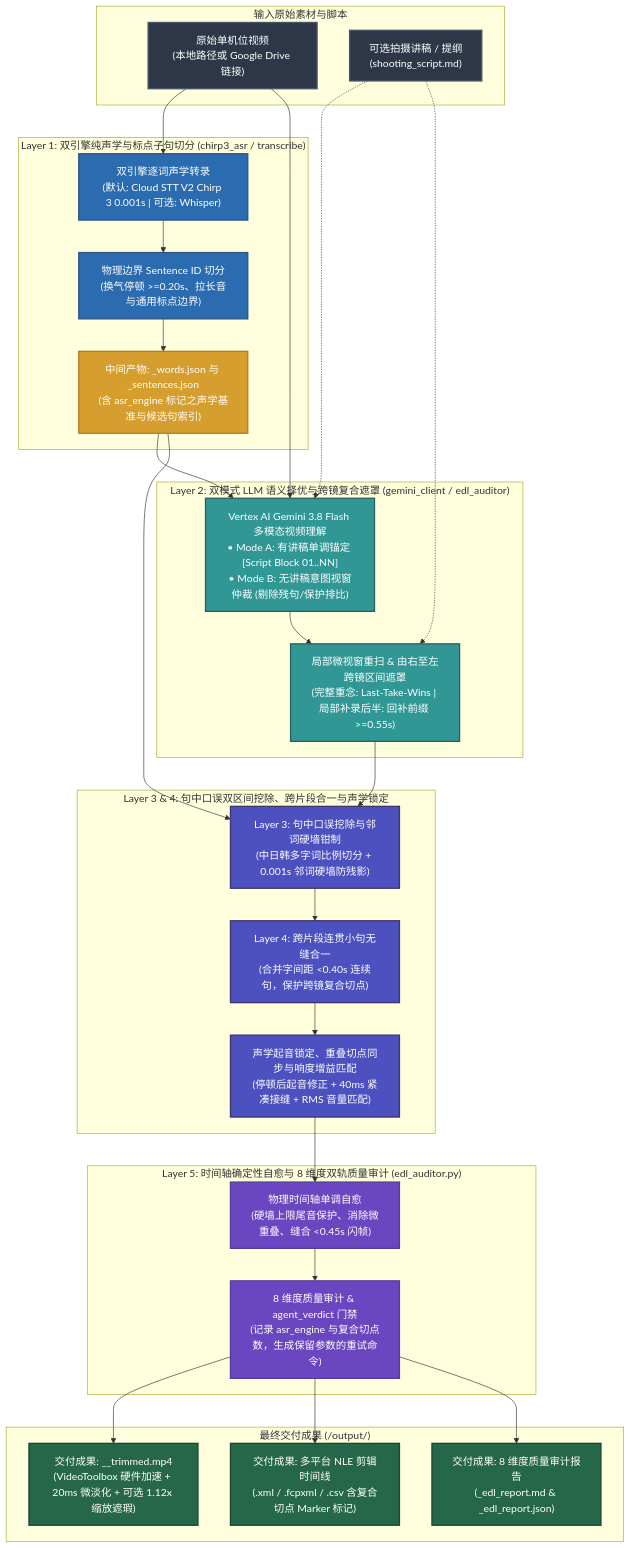
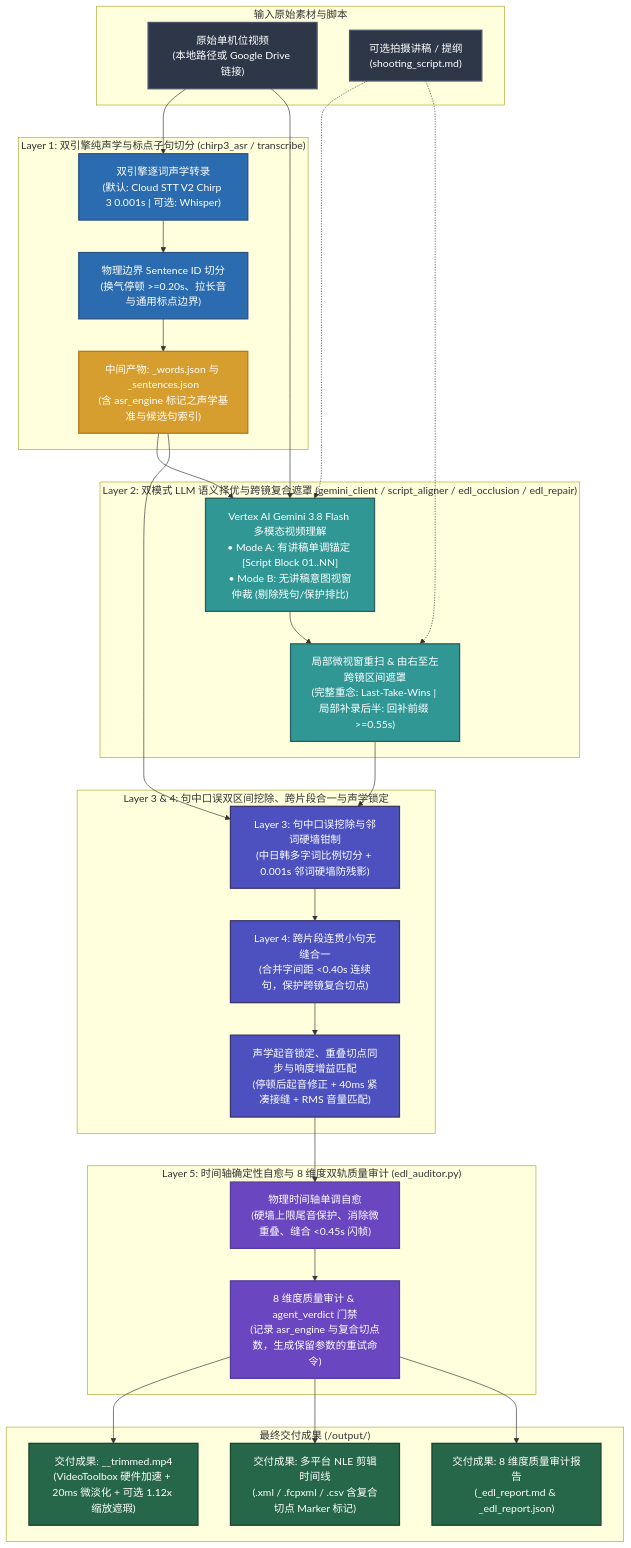
Before and after one commit to sylphlin/video-trimmer: the diagram in README.zh-CN.md, drawn with Mermaid. The commit also changed other lines of this file and 15 other files, not shown here.

Commit message:
refactor: split edl_auditor into script_aligner, edl_occlusion, edl_repair, and edl_auditor

````diff
--- a/README.zh-CN.md
+++ b/README.zh-CN.md
@@ -20,59 +20,59 @@
 ```mermaid
 flowchart TD
     classDef inputStyle fill:#2D3748,stroke:#4A5568,stroke-width:2px,color:#fff;
     classDef stage1Style fill:#2B6CB0,stroke:#2C5282,stroke-width:2px,color:#fff;
     classDef stage2Style fill:#319795,stroke:#285E61,stroke-width:2px,color:#fff;
     classDef stage3Style fill:#4C51BF,stroke:#3C366B,stroke-width:2px,color:#fff;
     classDef stage4Style fill:#6B46C1,stroke:#553C9A,stroke-width:2px,color:#fff;
     classDef artifactStyle fill:#D69E2E,stroke:#B7791F,stroke-width:2px,color:#fff;
     classDef outputStyle fill:#276749,stroke:#1C4532,stroke-width:2px,color:#fff;
 
     subgraph Inputs["输入原始素材与脚本"]
         IN["原始单机位视频<br/>(本地路径或 Google Drive 链接)"]:::inputStyle
         SC["可选拍摄讲稿 / 提纲<br/>(shooting_script.md)"]:::inputStyle
     end
 
     subgraph L1["Layer 1: 双引擎纯声学与标点子句切分 (chirp3_asr / transcribe)"]
         W_ASR["双引擎逐词声学转录<br/>(默认: Cloud STT V2 Chirp 3 0.001s | 可选: Whisper)"]:::stage1Style
         S_SEG["物理边界 Sentence ID 切分<br/>(换气停顿 >=0.20s、拉长音与通用标点边界)"]:::stage1Style
         W_JSON["中间产物: <basename>_words.json 与 _sentences.json<br/>(含 asr_engine 标记之声学基准与候选句索引)"]:::artifactStyle
         W_ASR --> S_SEG --> W_JSON
     end
 
-    subgraph L2["Layer 2: 双模式 LLM 语义择优与跨镜复合遮罩 (gemini_client / edl_auditor)"]
+    subgraph L2["Layer 2: 双模式 LLM 语义择优与跨镜复合遮罩 (gemini_client / script_aligner / edl_occlusion / edl_repair)"]
         MODE["Vertex AI Gemini 3.8 Flash 多模态视频理解<br/>• Mode A: 有讲稿单调锚定 [Script Block 01..NN]<br/>• Mode B: 无讲稿意图视窗仲裁 (剔除残句/保护排比)"]:::stage2Style
         REPAIR["局部微视窗重扫 & 由右至左跨镜区间遮罩<br/>(完整重念: Last-Take-Wins | 局部补录后半: 回补前缀 >=0.55s)"]:::stage2Style
         MODE --> REPAIR
     end
 
     subgraph L3_L4["Layer 3 & 4: 句中口误双区间挖除、跨片段合一与声学锁定"]
         L3["Layer 3: 句中口误挖除与邻词硬墙钳制<br/>(中日韩多字词比例切分 + 0.001s 邻词硬墙防残影)"]:::stage3Style
         L4["Layer 4: 跨片段连贯小句无缝合一<br/>(合并字间距 <0.40s 连续句，保护跨镜复合切点)"]:::stage3Style
         AC["声学起音锁定、重叠切点同步与响度增益匹配<br/>(停顿后起音修正 + 40ms 紧凑接缝 + RMS 音量匹配)"]:::stage3Style
         L3 --> L4 --> AC
     end
 
     subgraph L5["Layer 5: 时间轴确定性自愈与 8 维度双轨质量审计 (edl_auditor.py)"]
         SAN["物理时间轴单调自愈<br/>(硬墙上限尾音保护、消除微重叠、缝合 <0.45s 闪帧)"]:::stage4Style
         AUD["8 维度质量审计 & agent_verdict 门禁<br/>(记录 asr_engine 与复合切点数，生成保留参数的重试命令)"]:::stage4Style
         SAN --> AUD
     end
 
     subgraph Deliverables["最终交付成果 (<input_dir>/output/)"]
         OUT_MP4["交付成果: <basename>_<tag>_trimmed.mp4<br/>(VideoToolbox 硬件加速 + 20ms 微淡化 + 可选 1.12x 缩放遮瑕)"]:::outputStyle
         OUT_NLE["交付成果: 多平台 NLE 剪辑时间线<br/>(.xml / .fcpxml / .csv 含复合切点 Marker 标记)"]:::outputStyle
         OUT_REP["交付成果: 8 维度质量审计报告<br/>(_edl_report.md & _edl_report.json)"]:::outputStyle
     end
 
     IN --> W_ASR
     IN --> MODE
     SC -.-> MODE
     W_JSON --> MODE
     SC -.-> REPAIR
     REPAIR --> L3
     W_JSON --> L3
     AC --> SAN
     AUD --> OUT_MP4
     AUD --> OUT_NLE
     AUD --> OUT_REP
 ```
````
